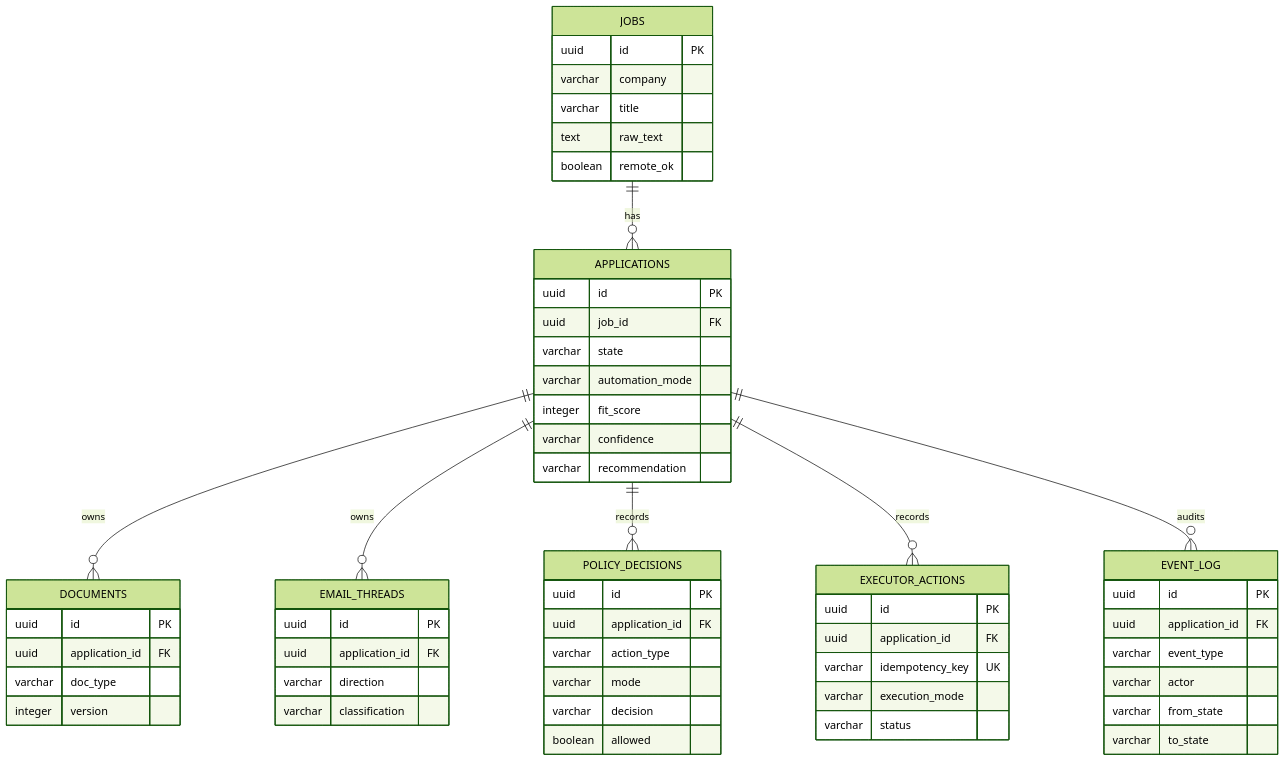
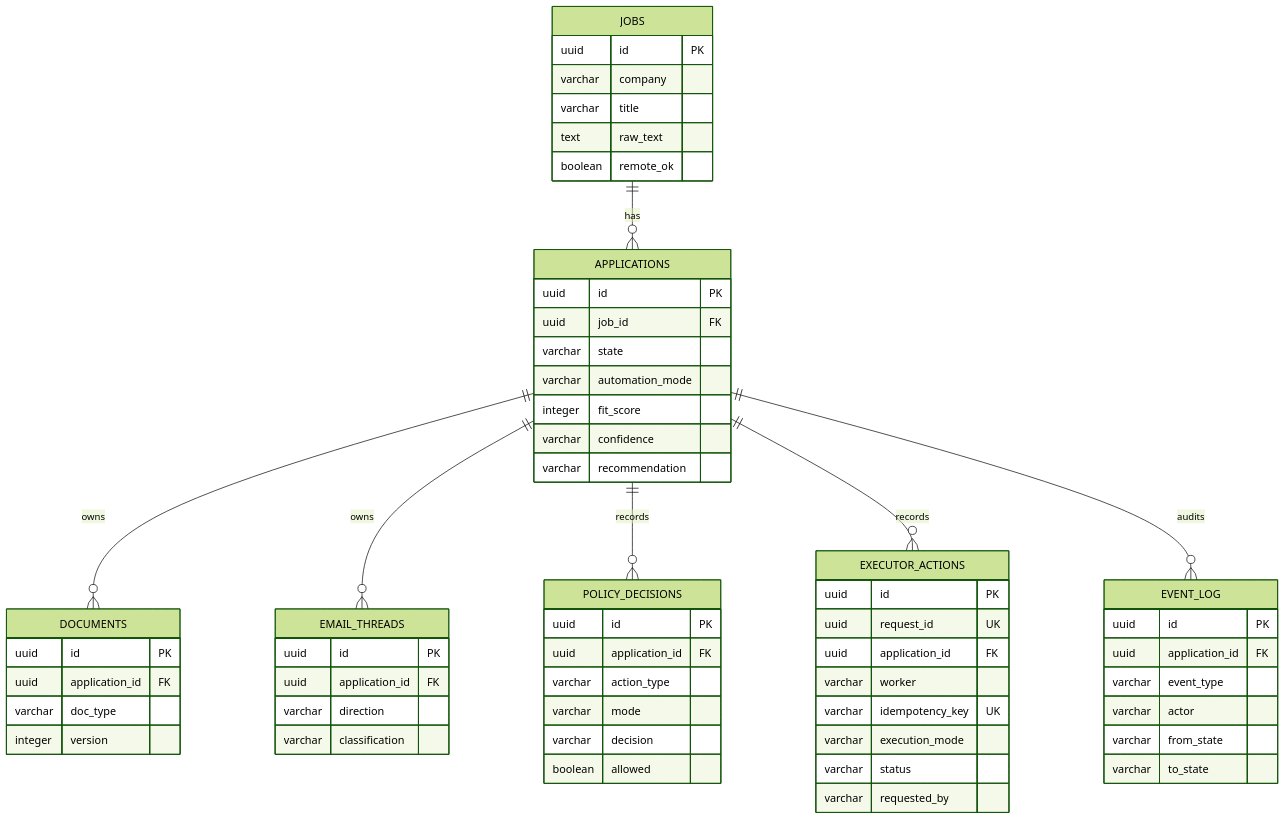
The first of 2 diagrams in docs/diagrams/database-schema.md (NicolayBang/ApplyGo), drawn with Mermaid (forest theme) before and after one commit. The commit also changed 26 other files, not shown here.

````diff
--- a/docs/diagrams/database-schema.md
+++ b/docs/diagrams/database-schema.md
@@ -11,61 +11,64 @@
 ```mermaid
 erDiagram
     JOBS ||--o{ APPLICATIONS : has
     APPLICATIONS ||--o{ DOCUMENTS : owns
     APPLICATIONS ||--o{ EMAIL_THREADS : owns
     APPLICATIONS ||--o{ POLICY_DECISIONS : records
     APPLICATIONS ||--o{ EXECUTOR_ACTIONS : records
     APPLICATIONS ||--o{ EVENT_LOG : audits
 
     JOBS {
         uuid id PK
         varchar company
         varchar title
         text raw_text
         boolean remote_ok
     }
     APPLICATIONS {
         uuid id PK
         uuid job_id FK
         varchar state
         varchar automation_mode
         integer fit_score
         varchar confidence
         varchar recommendation
     }
     DOCUMENTS {
         uuid id PK
         uuid application_id FK
         varchar doc_type
         integer version
     }
     EMAIL_THREADS {
         uuid id PK
         uuid application_id FK
         varchar direction
         varchar classification
     }
     POLICY_DECISIONS {
         uuid id PK
         uuid application_id FK
         varchar action_type
         varchar mode
         varchar decision
         boolean allowed
     }
     EXECUTOR_ACTIONS {
         uuid id PK
+        uuid request_id UK
         uuid application_id FK
+        varchar worker
         varchar idempotency_key UK
         varchar execution_mode
         varchar status
+        varchar requested_by
     }
     EVENT_LOG {
         uuid id PK
         uuid application_id FK
         varchar event_type
         varchar actor
         varchar from_state
         varchar to_state
     }
 ```
````
